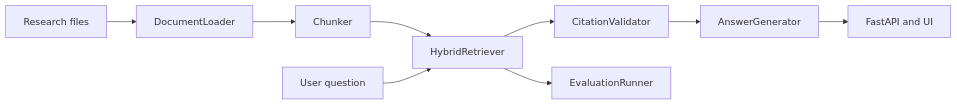
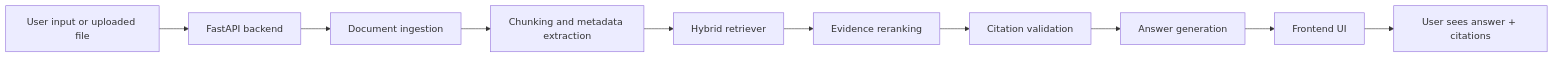
One commit to TejvirG/ScholarTrace changed the first of 2 diagrams in README.md. Above: the diagram before and after it, drawn with Mermaid. The commit also changed other lines of this file and 18 other files, not shown here.

````diff
--- a/README.md
+++ b/README.md
@@ -40,11 +53,12 @@
 ```mermaid
 flowchart LR
-    A[Research files] --> B[DocumentLoader]
-    B --> C[Chunker]
-    C --> D[HybridRetriever]
-    Q[User question] --> D
-    D --> E[CitationValidator]
-    E --> F[AnswerGenerator]
-    F --> G[FastAPI and UI]
-    D --> H[EvaluationRunner]
+    A[User input or uploaded file] --> B[FastAPI backend]
+    B --> C[Document ingestion]
+    C --> D[Chunking and metadata extraction]
+    D --> E[Hybrid retriever]
+    E --> F[Evidence reranking]
+    F --> G[Citation validation]
+    G --> H[Answer generation]
+    H --> I[Frontend UI]
+    I --> J[User sees answer + citations]
 ```
````
